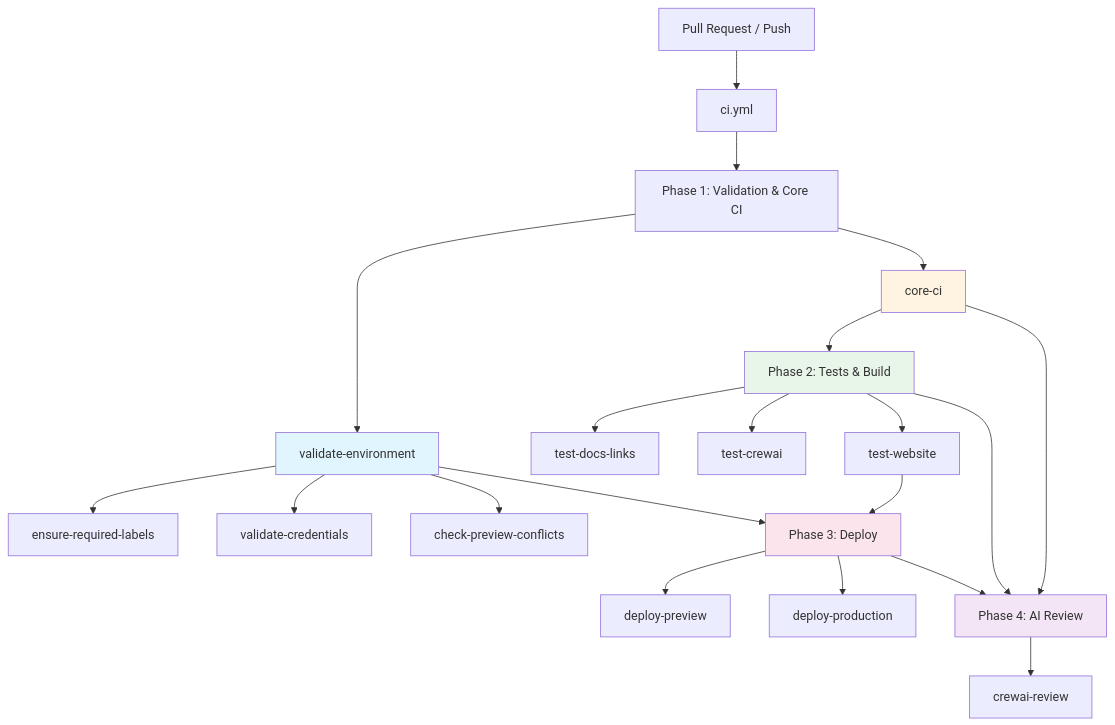
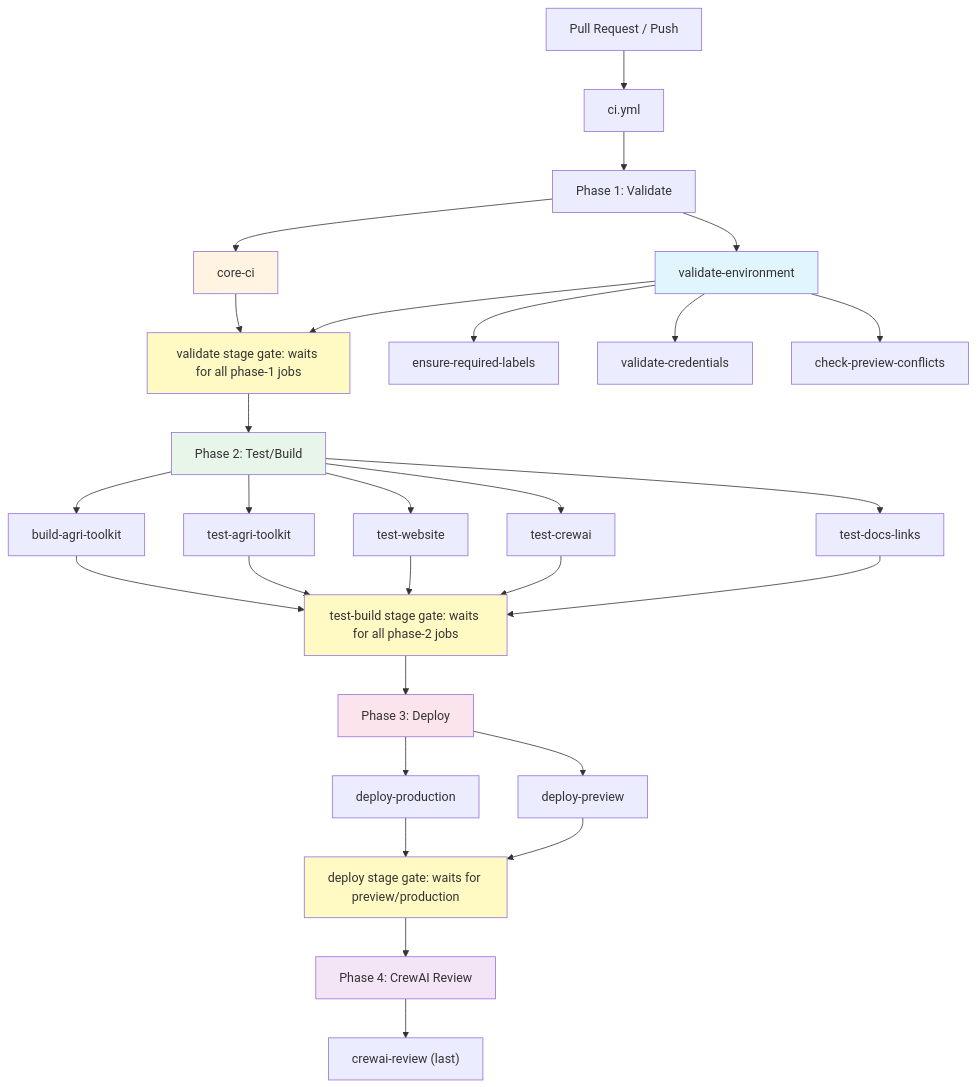
Before and after one commit to SuperiorByteWorks-LLC/ag-skills-demo: the first of 12 diagrams in .github/workflows/README.md, drawn with Mermaid. The commit also changed other lines of this file and 74 other files, not shown here.

````diff
--- a/.github/workflows/README.md
+++ b/.github/workflows/README.md
@@ -7,36 +8,47 @@
 ```mermaid
 graph TD
-    A[Pull Request / Push] --> B[ci.yml]
-    B --> C[Phase 1: Validation & Core CI]
-    
-    C --> D[validate-environment]
-    C --> E[core-ci]
-    
-    D --> D1[ensure-required-labels]
-    D --> D2[validate-credentials]
-    D --> D3[check-preview-conflicts]
-    
-    E --> F[Phase 2: Tests & Build]
-    
-    F --> F1[test-docs-links]
-    F --> F2[test-crewai]
-    F --> F3[test-website]
-    
-    F3 --> G[Phase 3: Deploy]
-    D --> G
-    
-    G --> G1[deploy-preview]
-    G --> G2[deploy-production]
-    
-    E --> H[Phase 4: AI Review]
-    F --> H
-    G --> H
-    
-    H --> H1[crewai-review]
-    
-    style D fill:#e1f5ff
-    style E fill:#fff4e1
-    style F fill:#e8f5e9
-    style G fill:#fce4ec
-    style H fill:#f3e5f5
+A[Pull Request / Push] --> B[ci.yml]
+B --> C[Phase 1: Validate]
+
+C --> D[validate-environment]
+C --> E[core-ci]
+D --> F[validate stage gate: waits for all phase-1 jobs]
+E --> F
+
+D --> D1[ensure-required-labels]
+D --> D2[validate-credentials]
+D --> D3[check-preview-conflicts]
+
+F --> G[Phase 2: Test/Build]
+
+G --> G1[test-docs-links]
+G --> G2[test-crewai]
+G --> G3[test-website]
+G --> G4[test-agri-toolkit]
+G --> G5[build-agri-toolkit]
+G1 --> H[test-build stage gate: waits for all phase-2 jobs]
+G2 --> H
+G3 --> H
+G4 --> H
+G5 --> H
+
+H --> I[Phase 3: Deploy]
+
+I --> I1[deploy-preview]
+I --> I2[deploy-production]
+I1 --> J[deploy stage gate: waits for preview/production]
+I2 --> J
+
+J --> K[Phase 4: CrewAI Review]
+
+K --> K1["crewai-review (last)"]
+
+style D fill:#e1f5ff
+style E fill:#fff4e1
+style F fill:#fff9c4
+style G fill:#e8f5e9
+style H fill:#fff9c4
+style I fill:#fce4ec
+style J fill:#fff9c4
+style K fill:#f3e5f5
 ```
````
